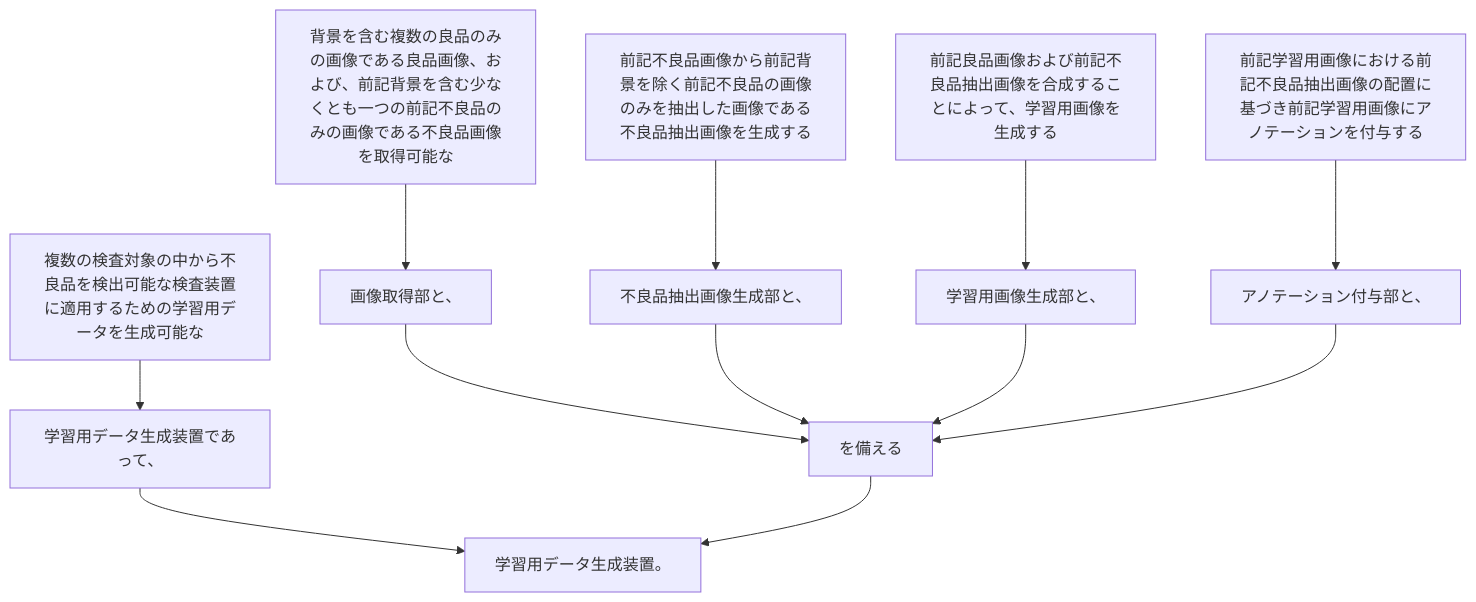
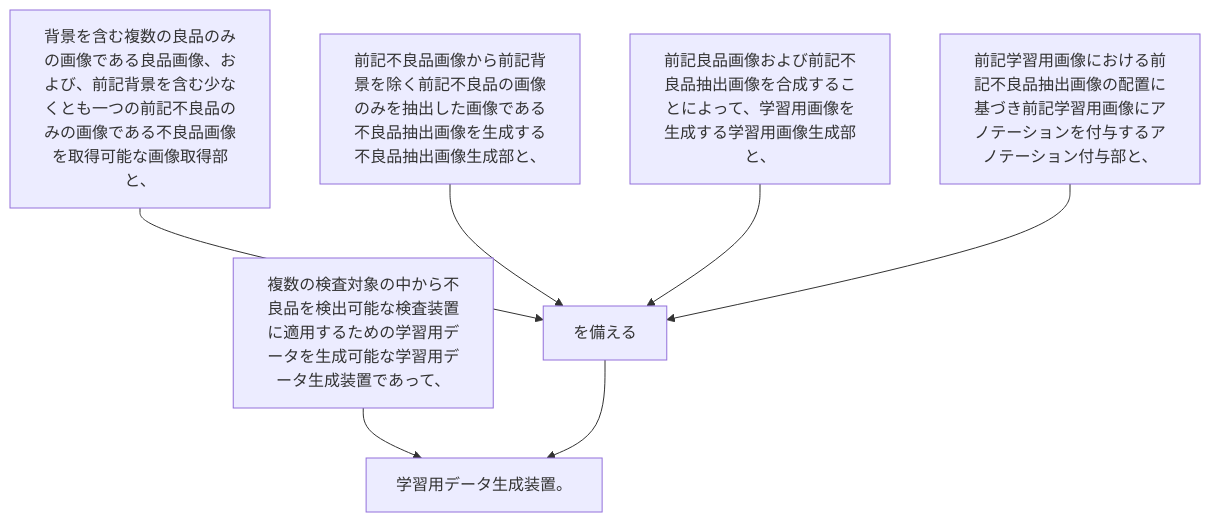
Before and after one commit to shinmori55/patent_analyzed: the diagram in 2024/JP2024000284A/claim_1/README.md, drawn with Mermaid. The commit also changed 19 other files, not shown here.

````diff
--- a/2024/JP2024000284A/claim_1/README.md
+++ b/2024/JP2024000284A/claim_1/README.md
@@ -7,26 +7,16 @@
 ```mermaid
 flowchart TD
-A[複数の検査対象の中から不良品を検出可能な検査装置に適用するための学習用データを生成可能な]
-B[学習用データ生成装置であって、]
-C[背景を含む複数の良品のみの画像である良品画像、および、前記背景を含む少なくとも一つの前記不良品のみの画像である不良品画像を取得可能な]
-D[画像取得部と、]
-E[前記不良品画像から前記背景を除く前記不良品の画像のみを抽出した画像である不良品抽出画像を生成する]
-F[不良品抽出画像生成部と、]
-G[前記良品画像および前記不良品抽出画像を合成することによって、学習用画像を生成する]
-H[学習用画像生成部と、]
-I[前記学習用画像における前記不良品抽出画像の配置に基づき前記学習用画像にアノテーションを付与する]
-J[アノテーション付与部と、]
-K[を備える]
-L[学習用データ生成装置。]
-A --> B
-B --> L
-C --> D
+A[複数の検査対象の中から不良品を検出可能な検査装置に適用するための学習用データを生成可能な学習用データ生成装置であって、]
+B[背景を含む複数の良品のみの画像である良品画像、および、前記背景を含む少なくとも一つの前記不良品のみの画像である不良品画像を取得可能な画像取得部と、]
+C[前記不良品画像から前記背景を除く前記不良品の画像のみを抽出した画像である不良品抽出画像を生成する不良品抽出画像生成部と、]
+D[前記良品画像および前記不良品抽出画像を合成することによって、学習用画像を生成する学習用画像生成部と、]
+E[前記学習用画像における前記不良品抽出画像の配置に基づき前記学習用画像にアノテーションを付与するアノテーション付与部と、]
+F[を備える]
+G[学習用データ生成装置。]
+A --> G
+B --> F
+C --> F
+D --> F
 E --> F
-G --> H
-I --> J
-D --> K
-F --> K
-H --> K
-J --> K
-K --> L
+F --> G
 ```
````
